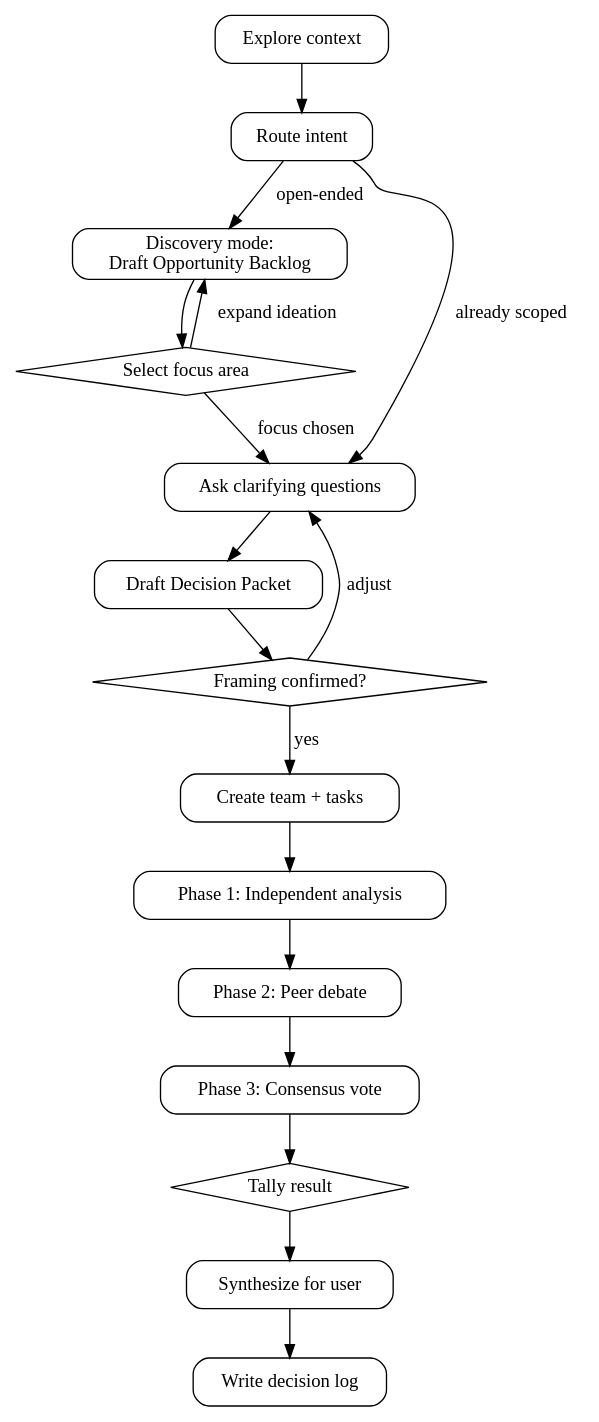
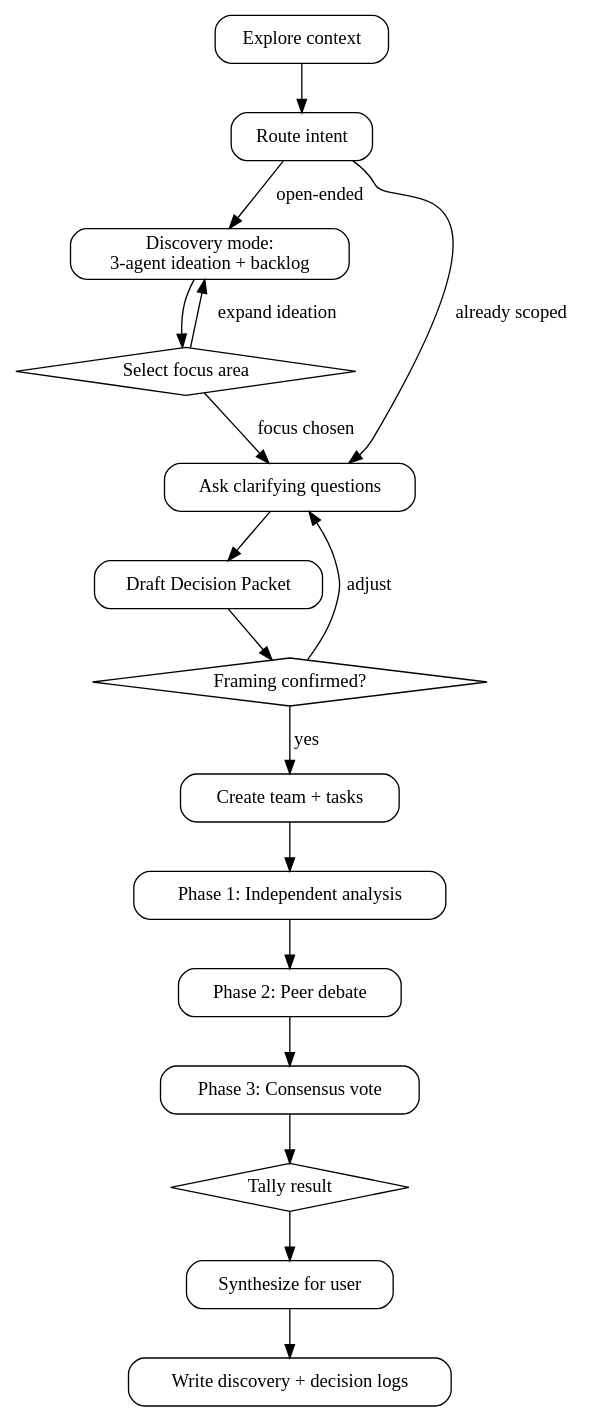
The diagram in skills/magi/SKILL.md (vinta/hal-9000), drawn with Graphviz before and after one commit. The commit also changed other lines of this file, not shown here.

First line of the commit message:
magi: require council discovery and dual logs

````diff
--- a/skills/magi/SKILL.md
+++ b/skills/magi/SKILL.md
@@ -86,34 +88,34 @@
 ```dot
 digraph magi {
     rankdir=TB;
     node [shape=box, style=rounded];
 
     explore [label="Explore context"];
     route [label="Route intent"];
-    discover [label="Discovery mode:\nDraft Opportunity Backlog"];
+    discover [label="Discovery mode:\n3-agent ideation + backlog"];
     select [label="Select focus area" shape=diamond style=""];
     clarify [label="Ask clarifying questions"];
     packet [label="Draft Decision Packet"];
     confirm [label="Framing confirmed?" shape=diamond style=""];
     spawn [label="Create team + tasks"];
     analysis [label="Phase 1: Independent analysis"];
     debate [label="Phase 2: Peer debate"];
     vote [label="Phase 3: Consensus vote"];
     tally [label="Tally result" shape=diamond style=""];
     synth [label="Synthesize for user"];
-    log [label="Write decision log"];
+    log [label="Write discovery + decision logs"];
 
     explore -> route;
     route -> discover [label="open-ended"];
     route -> clarify [label="already scoped"];
     discover -> select;
     select -> discover [label="expand ideation"];
     select -> clarify [label="focus chosen"];
     clarify -> packet -> confirm;
     confirm -> clarify [label="adjust"];
     confirm -> spawn [label="yes"];
     spawn -> analysis -> debate -> vote -> tally;
     tally -> synth;
     synth -> log;
 }
 ```
````
